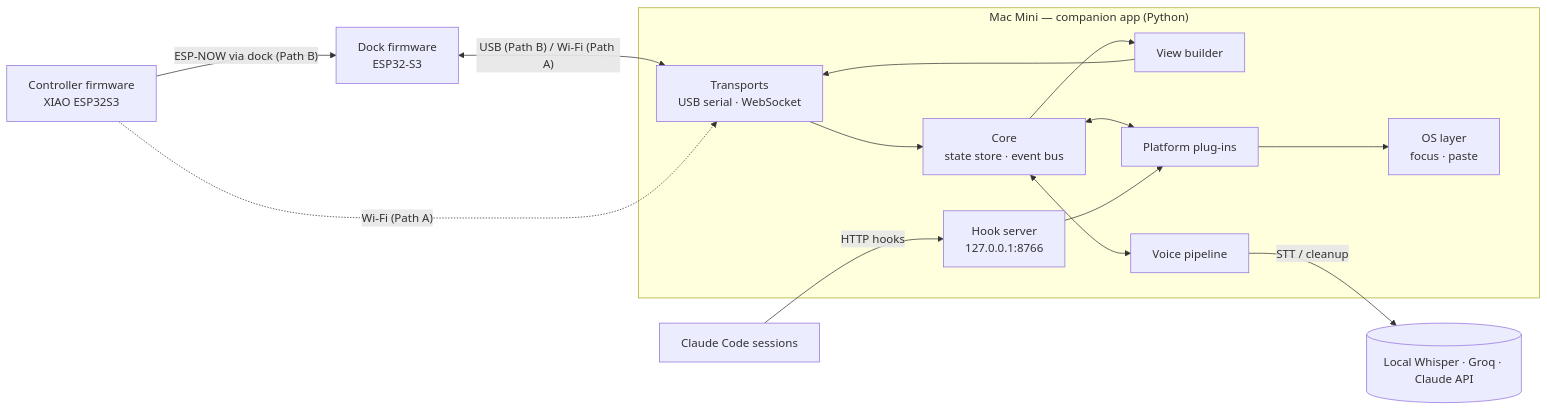
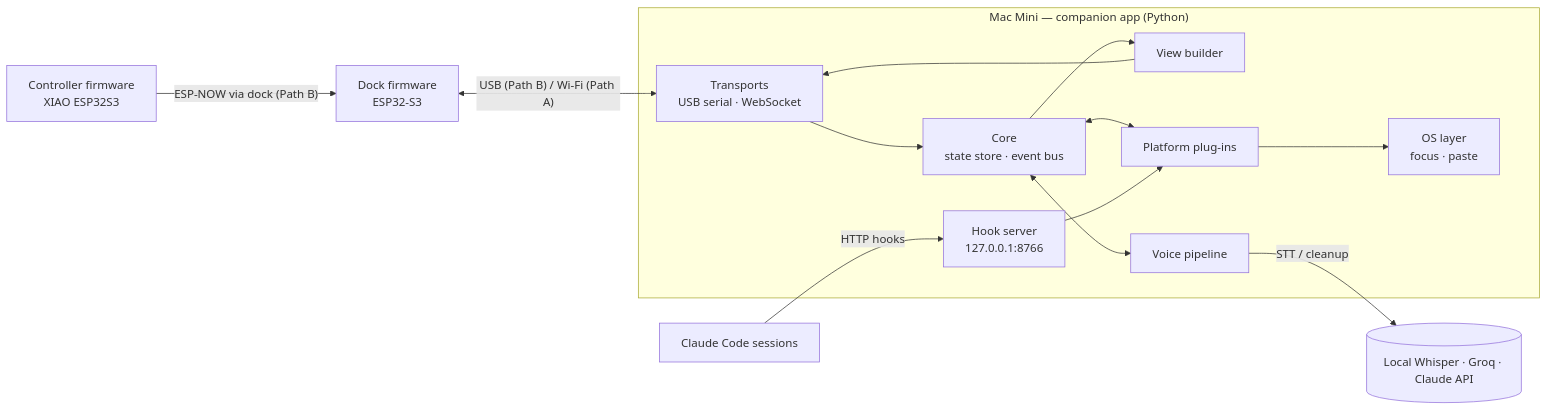
Before and after one commit to nicorudu/projects: the first of 2 diagrams in agent-controller/docs/architecture.md, drawn with Mermaid. The commit also changed other lines of this file and 14 other files, not shown here.

````diff
--- a/agent-controller/docs/architecture.md
+++ b/agent-controller/docs/architecture.md
@@ -15,22 +15,21 @@
 ```mermaid
 flowchart LR
   subgraph Mac["Mac Mini — companion app (Python)"]
     T[Transports<br/>USB serial · WebSocket]
     CORE[Core<br/>state store · event bus]
     UI[View builder]
     V[Voice pipeline]
     P[Platform plug-ins]
     OS[OS layer<br/>focus · paste]
     H[Hook server<br/>127.0.0.1:8766]
   end
   CC[Claude Code sessions] -- HTTP hooks --> H
   P --> OS
   D[Dock firmware<br/>ESP32-S3] <-- "USB (Path B) / Wi-Fi (Path A)" --> T
   C[Controller firmware<br/>XIAO ESP32S3] -- "ESP-NOW via dock (Path B)" --> D
-  C -. "Wi-Fi (Path A)" .-> T
   T --> CORE --> UI --> T
   CORE <--> V
   CORE <--> P
   H --> P
   V -- STT / cleanup --> CLOUD[(Local Whisper · Groq · Claude API)]
 ```
````
